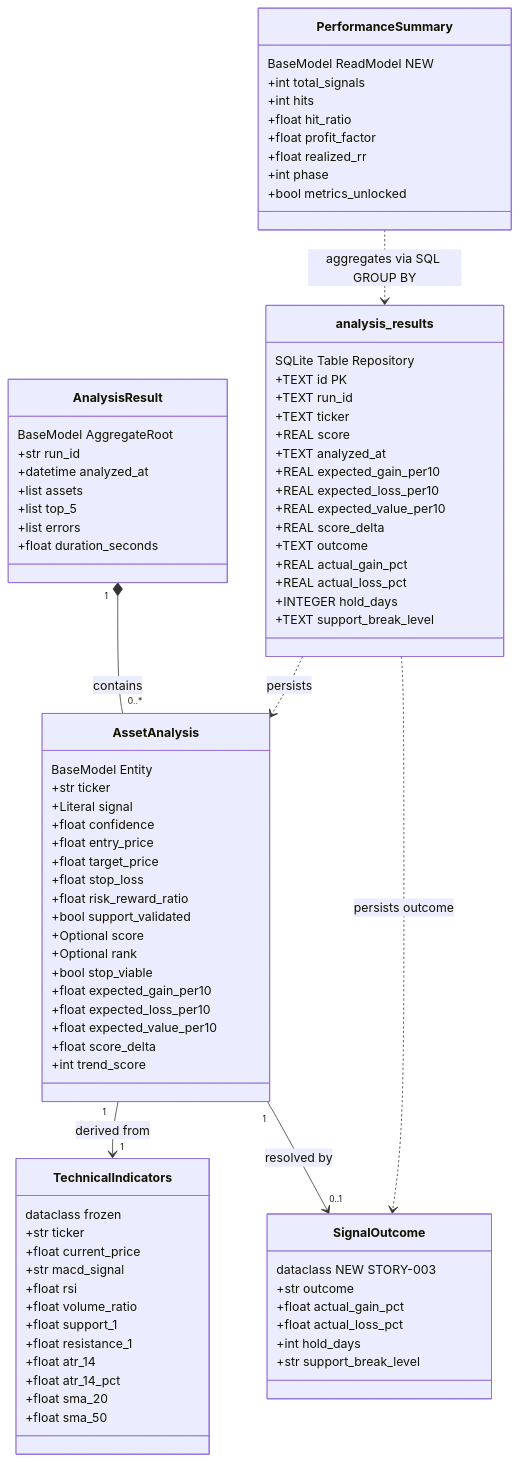
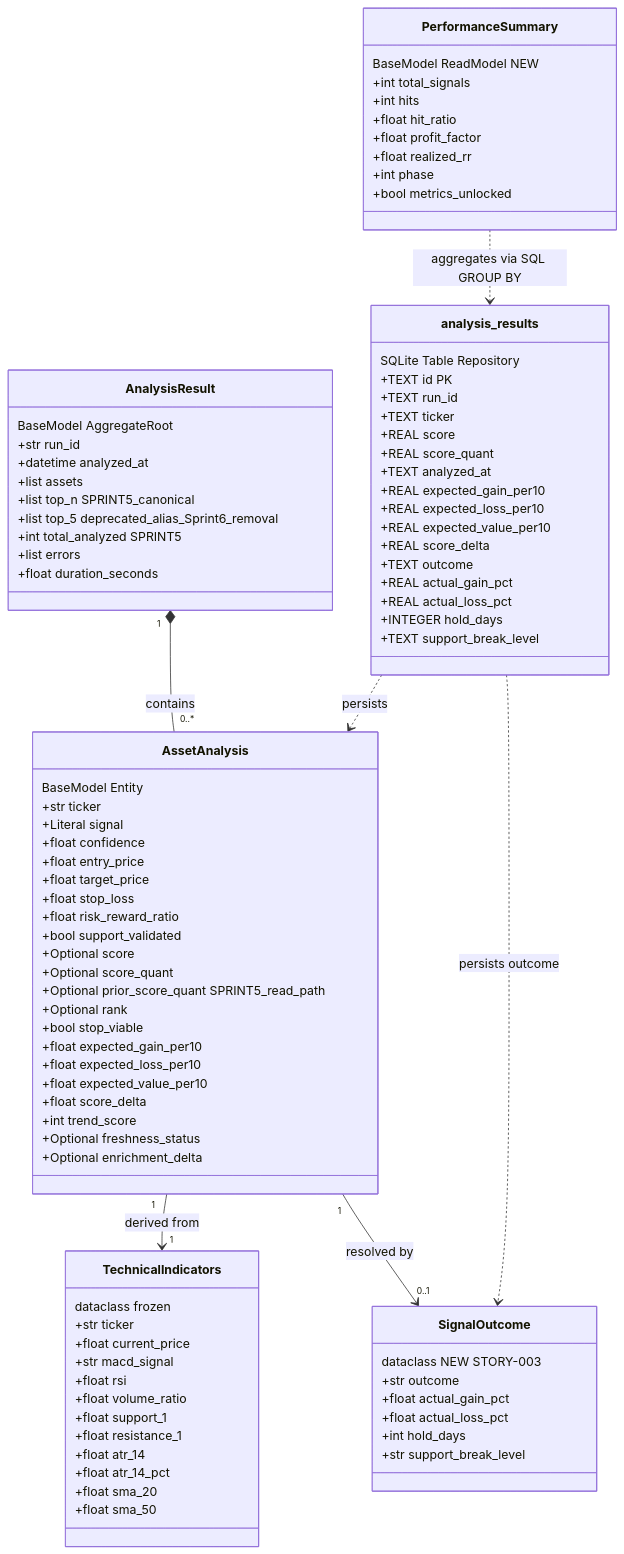
One commit to jcris21/TradeMarket-AI-Detector changed the first of 7 diagrams in planning/FinAlly_Domain_Architecture_v2.md. Above: the diagram before and after it, drawn with Mermaid. The commit also changed other lines of this file and 15 other files, not shown here.

```diff
--- a/planning/FinAlly_Domain_Architecture_v2.md
+++ b/planning/FinAlly_Domain_Architecture_v2.md
@@ -62,6 +76,8 @@
     +float risk_reward_ratio
     +bool support_validated
     +Optional score
+    +Optional score_quant
+    +Optional prior_score_quant SPRINT5_read_path
     +Optional rank
     +bool stop_viable
     +float expected_gain_per10
@@ -69,6 +85,8 @@
     +float expected_value_per10
     +float score_delta
     +int trend_score
+    +Optional freshness_status
+    +Optional enrichment_delta
   }
 
   class AnalysisResult {
@@ -76,7 +94,9 @@
     +str run_id
     +datetime analyzed_at
     +list assets
-    +list top_5
+    +list top_n SPRINT5_canonical
+    +list top_5 deprecated_alias_Sprint6_removal
+    +int total_analyzed SPRINT5
     +list errors
     +float duration_seconds
   }
@@ -107,6 +127,7 @@
     +TEXT run_id
     +TEXT ticker
     +REAL score
+    +REAL score_quant
     +TEXT analyzed_at
     +REAL expected_gain_per10
     +REAL expected_loss_per10
```
